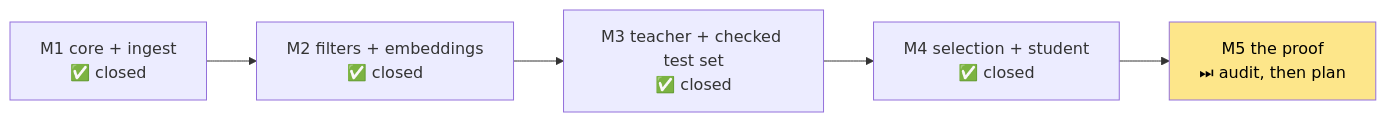
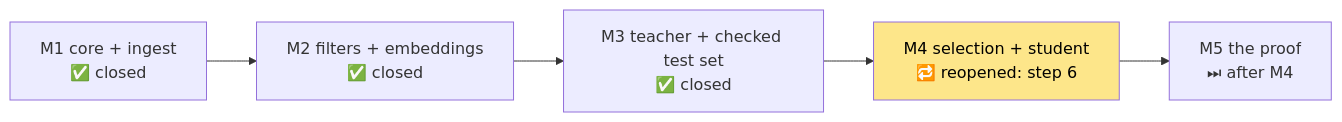
Before and after one commit to cupcakes04/Rin: the diagram in dev/notes/state.md, drawn with Mermaid. The commit also changed other lines of this file and 8 other files, not shown here.

````diff
--- a/dev/notes/state.md
+++ b/dev/notes/state.md
@@ -9,5 +9,5 @@
 ```mermaid
 flowchart LR
-    E["M1 core + ingest<br/>✅ closed"] --> F["M2 filters + embeddings<br/>✅ closed"] --> G["M3 teacher + checked test set<br/>✅ closed"] --> H["M4 selection + student<br/>✅ closed"] --> I["M5 the proof<br/>⏭ audit, then plan"]
-    style I fill:#fde68a,color:#000
+    E["M1 core + ingest<br/>✅ closed"] --> F["M2 filters + embeddings<br/>✅ closed"] --> G["M3 teacher + checked test set<br/>✅ closed"] --> H["M4 selection + student<br/>🔁 reopened: step 6"] --> I["M5 the proof<br/>⏭ after M4"]
+    style H fill:#fde68a,color:#000
 ```
````
